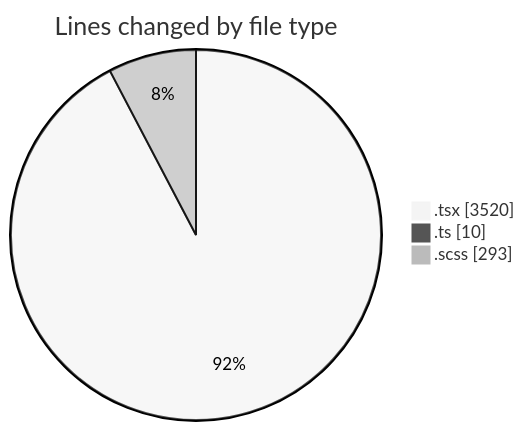
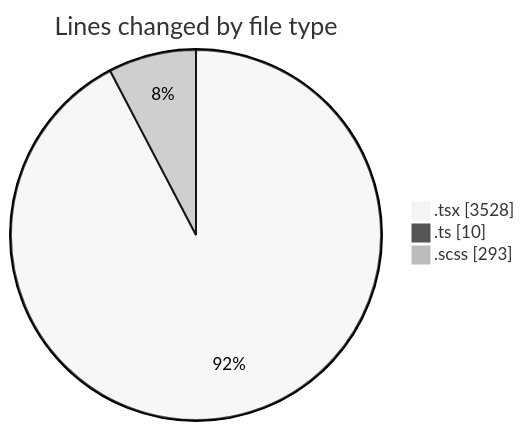
One commit to momahboobian/code-tracking changed the first of 2 diagrams in 2025-11-17/cda/README.md. Above: the diagram before and after it, drawn with Mermaid (neutral theme). The commit also changed other lines of this file and 1 other file, not shown here.

````diff
--- a/2025-11-17/cda/README.md
+++ b/2025-11-17/cda/README.md
@@ -27,7 +27,7 @@
 ```mermaid
 pie showData
 title Lines changed by file type
-".tsx" : 3520
+".tsx" : 3528
 ".ts" : 10
 ".scss" : 293
 ```
````
